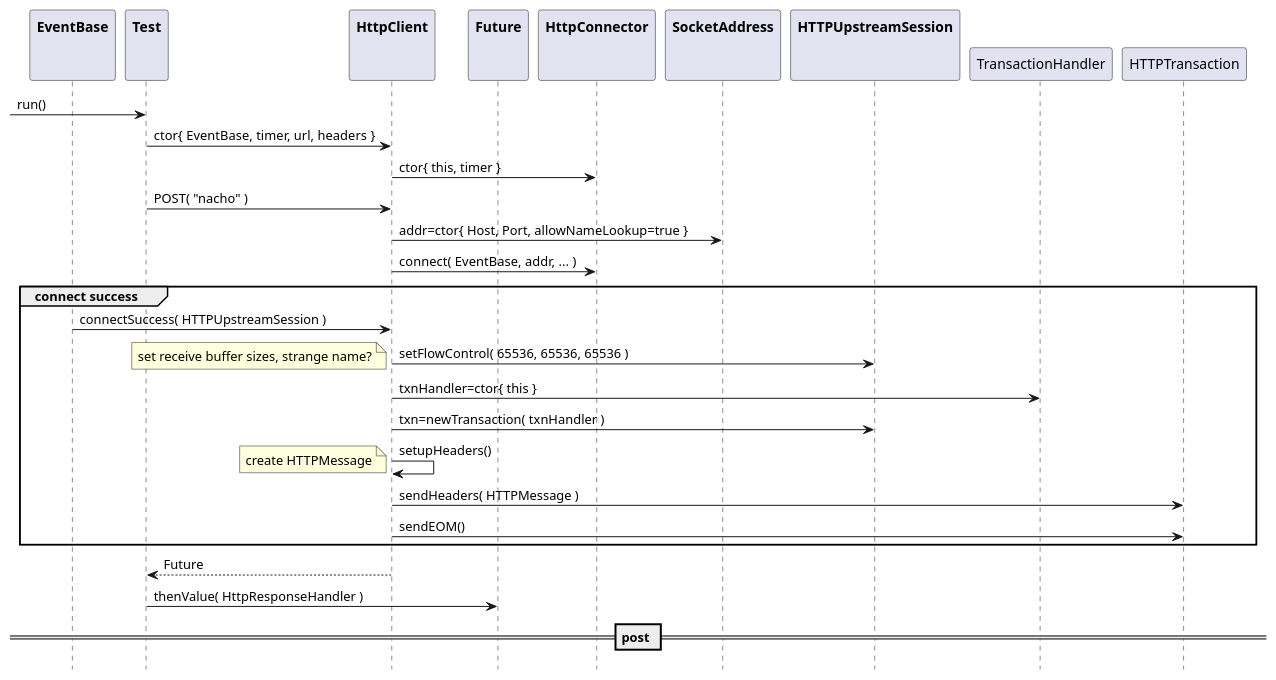
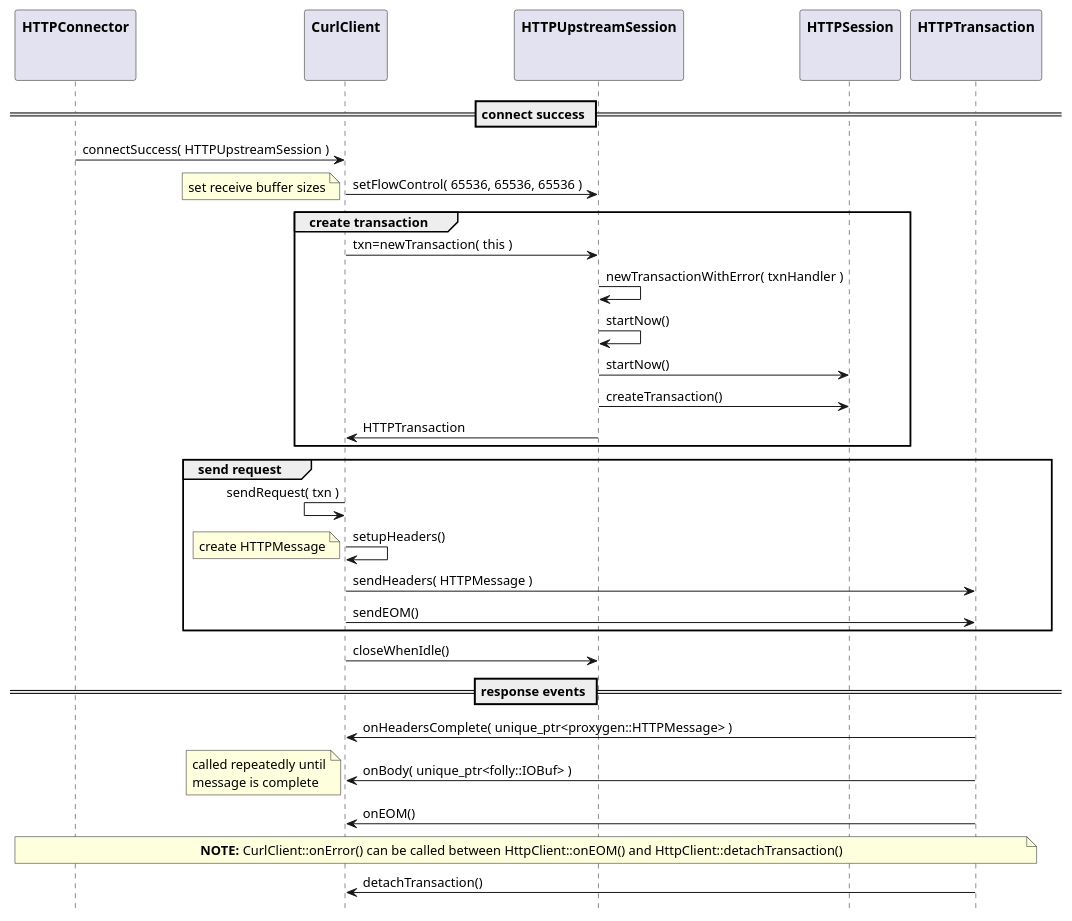
One commit to patrickhallinan/hello-proxygen changed the second of 3 diagrams in doc/proxygen-curl-sample.adoc. Above: the diagram before and after it, drawn with PlantUML. The commit also changed other lines of this file and 1 other file, not shown here.

Commit message:
update curl documentation

```diff
--- a/doc/proxygen-curl-sample.adoc
+++ b/doc/proxygen-curl-sample.adoc
@@ -51,49 +58,54 @@
 [plantuml, "run-test-seq.puml", svg]
 ----
 hide footbox
 
-participant "**EventBase**\n\n" as EventBase
-participant "**Test**\n\n" as Test
-participant "**HttpClient**\n\n" as HttpClient
-participant "**Future**\n\n" as Future
-participant "**HttpConnector**\n\n" as HttpConnector
-participant "**SocketAddress**\n\n" as SocketAddress
+participant "**HTTPConnector**\n\n" as HTTPConnector
+participant "**CurlClient**\n\n" as CurlClient
 participant "**HTTPUpstreamSession**\n\n" as HTTPUpstreamSession
+participant "**HTTPSession**\n\n" as HTTPSession
+participant "**HTTPTransaction**\n\n" as HTTPTransaction
 
--> Test : run()
-Test -> HttpClient : ctor{ EventBase, timer, url, headers }
 
-HttpClient -> HttpConnector : ctor{ this, timer }
+== connect success ==
 
-Test -> HttpClient : POST( "nacho" )
+HTTPConnector -> CurlClient : connectSuccess( HTTPUpstreamSession )
+CurlClient -> HTTPUpstreamSession : setFlowControl( 65536, 65536, 65536 )
+note left: set receive buffer sizes
 
-HttpClient -> SocketAddress : addr=ctor{ Host, Port, allowNameLookup=true }
-HttpClient -> HttpConnector : connect( EventBase, addr, ... )
-
-group connect success
-    EventBase -> HttpClient : connectSuccess( HTTPUpstreamSession )
-    HttpClient -> HTTPUpstreamSession : setFlowControl( 65536, 65536, 65536 )
-    note left: set receive buffer sizes, strange name?
-    
-    HttpClient -> TransactionHandler : txnHandler=ctor{ this }
-    
-    HttpClient -> HTTPUpstreamSession : txn=newTransaction( txnHandler )
-    'HTTPUpstreamSession -> HTTPUpstreamSession : newTransactionWithError( txnHandler )
-    'HTTPUpstreamSession -> HTTPUpstreamSession : startNow()
-    'HTTPUpstreamSession -> HTTPSession : startNow()    
-    'HTTPUpstreamSession -> HTTPSession : createTransaction()
-    
-    HttpClient -> HttpClient : setupHeaders()
-    note left: create HTTPMessage 
-    
-    HttpClient -> HTTPTransaction : sendHeaders( HTTPMessage )
-    HttpClient -> HTTPTransaction : sendEOM()
-    
+group create transaction
+    CurlClient -> HTTPUpstreamSession : txn=newTransaction( this )
+    HTTPUpstreamSession -> HTTPUpstreamSession : newTransactionWithError( txnHandler )
+    HTTPUpstreamSession -> HTTPUpstreamSession : startNow()
+    HTTPUpstreamSession -> HTTPSession : startNow()    
+    HTTPUpstreamSession -> HTTPSession : createTransaction()
+    HTTPUpstreamSession -> CurlClient : HTTPTransaction
 end group
 
-HttpClient --> Test : Future
-Test -> Future : thenValue( HttpResponseHandler )
+group send request
+    CurlClient <- CurlClient : sendRequest( txn )
+    CurlClient -> CurlClient : setupHeaders()
+    note left: create HTTPMessage
+    CurlClient -> HTTPTransaction : sendHeaders( HTTPMessage )
+    CurlClient -> HTTPTransaction : sendEOM()
+end group
 
-== post ==
- 
+CurlClient -> HTTPUpstreamSession : closeWhenIdle()    
+
+== response events ==
+
+HTTPTransaction -> CurlClient : onHeadersComplete( unique_ptr<proxygen::HTTPMessage> )
+
+HTTPTransaction -> CurlClient : onBody( unique_ptr<folly::IOBuf> )
+note left
+    called repeatedly until
+    message is complete
+end note
+
+HTTPTransaction -> CurlClient : onEOM()
+note across
+    **NOTE:** CurlClient::onError() can be called between HttpClient::onEOM() and HttpClient::detachTransaction()
+end note
+
+HTTPTransaction -> CurlClient : detachTransaction()
+
 ----
```
